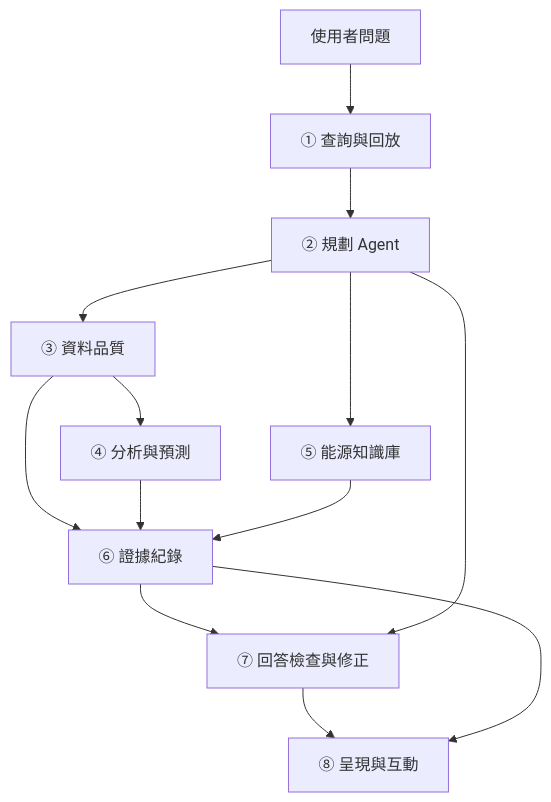
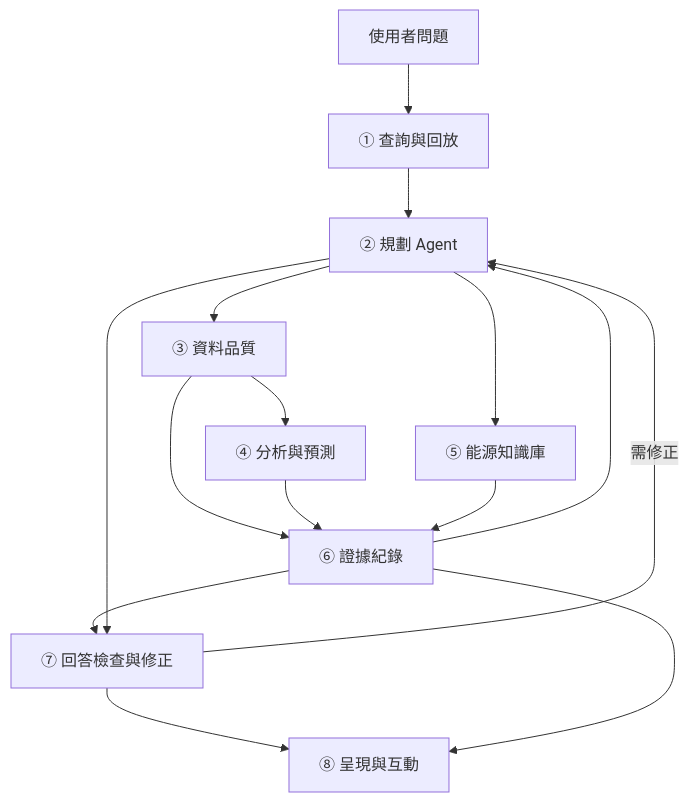
Before and after one commit to lun-09-15/AIot_DIC_3: the first of 2 diagrams in DESIGN.md, drawn with Mermaid. The commit also changed other lines of this file and 6 other files, not shown here.

````diff
--- a/DESIGN.md
+++ b/DESIGN.md
@@ -17,15 +17,17 @@
 ```mermaid
 flowchart TD
     U["使用者問題"] --> Q["① 查詢與回放"]
     Q --> P["② 規劃 Agent"]
     P --> D["③ 資料品質"]
     D --> A["④ 分析與預測"]
     P --> K["⑤ 能源知識庫"]
     D --> E["⑥ 證據紀錄"]
     A --> E
     K --> E
     E --> V["⑦ 回答檢查與修正"]
     P --> V
+    E --> P
+    V -->|需修正| P
     V --> O["⑧ 呈現與互動"]
     E --> O
 ```
````
